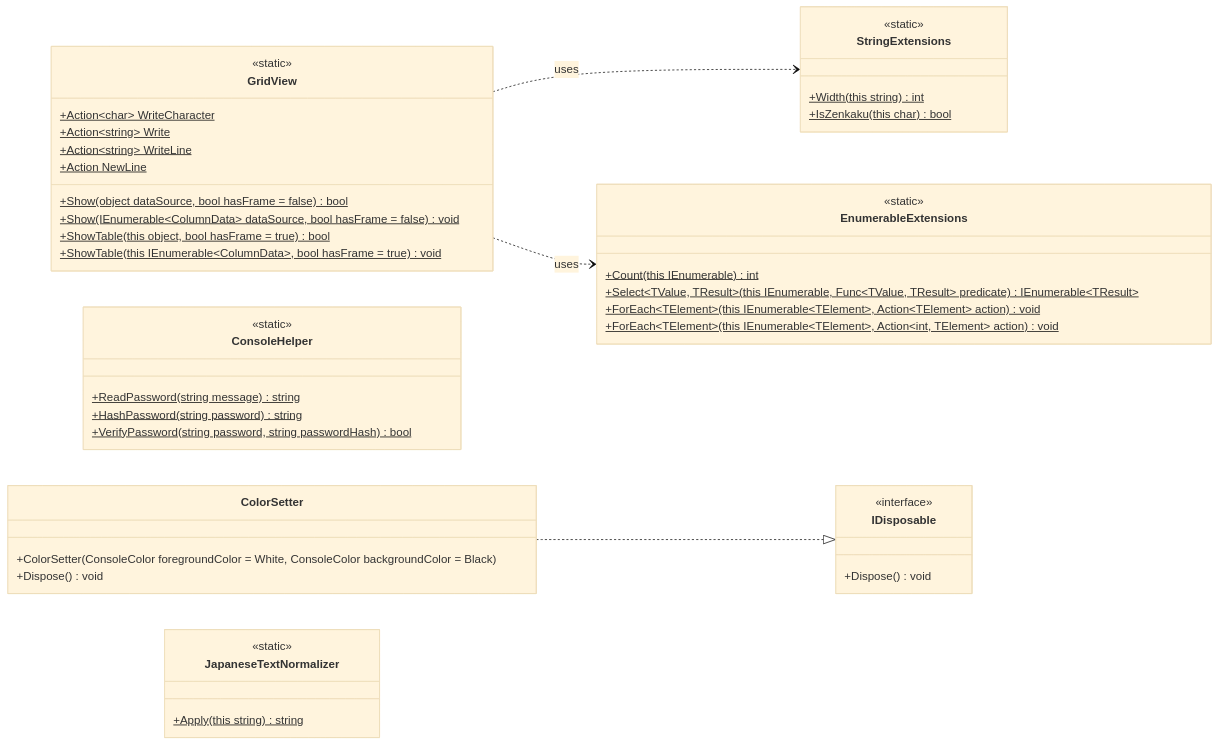
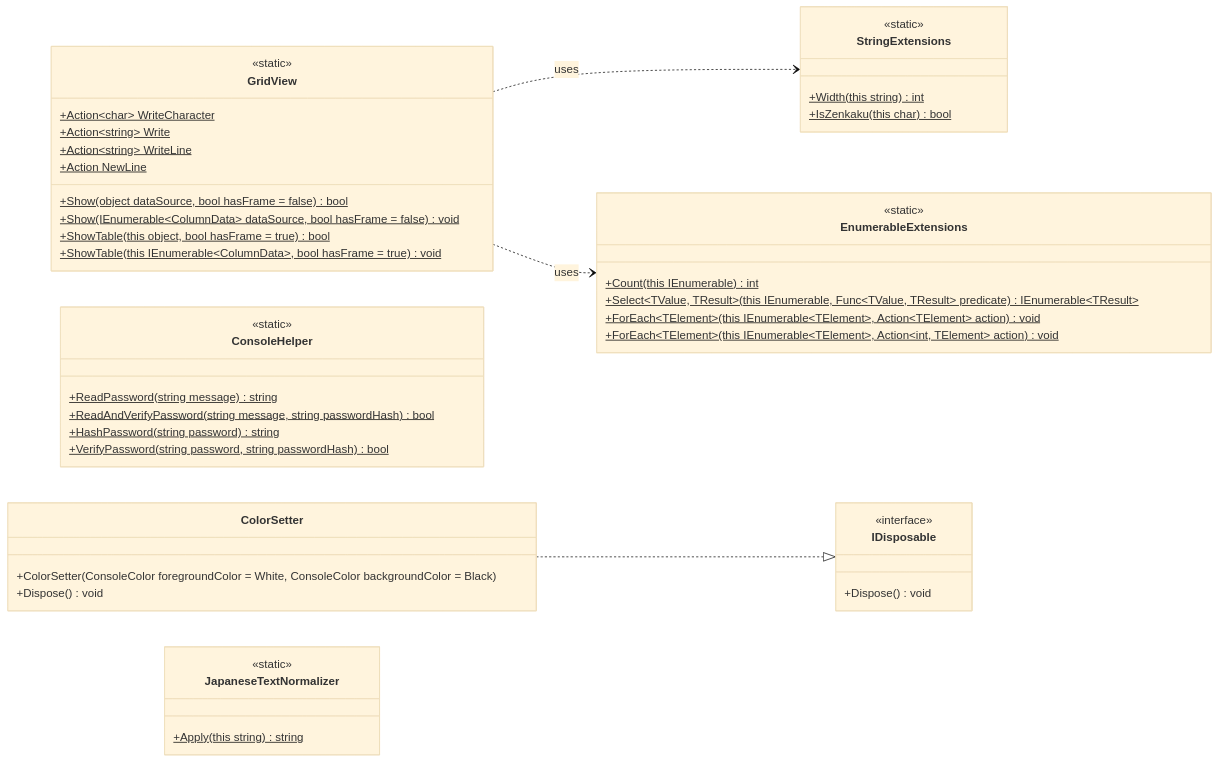
Before and after one commit to Fujiwo/Shos.Console: the diagram in README.jp.md, drawn with Mermaid (base theme). The commit also changed other lines of this file and 4 other files, not shown here.

Commit message:
feat: add ReadAndVerifyPassword method to ConsoleHelper for password verification

````diff
--- a/README.jp.md
+++ b/README.jp.md
@@ -46,56 +46,57 @@
 ```mermaid
 classDiagram
     direction LR
 
     class GridView {
         <<static>>
         +Action~char~ WriteCharacter$
         +Action~string~ Write$
         +Action~string~ WriteLine$
         +Action NewLine$
         +Show(object dataSource, bool hasFrame = false) bool$
         +Show(IEnumerable~ColumnData~ dataSource, bool hasFrame = false) void$
         +ShowTable(this object, bool hasFrame = true) bool$
         +ShowTable(this IEnumerable~ColumnData~, bool hasFrame = true) void$
     }
 
     class ConsoleHelper {
         <<static>>
         +ReadPassword(string message) string$
+        +ReadAndVerifyPassword(string message, string passwordHash) bool$
         +HashPassword(string password) string$
         +VerifyPassword(string password, string passwordHash) bool$
     }
 
     class IDisposable {
         <<interface>>
         +Dispose() void
     }
 
     class ColorSetter {
         +ColorSetter(ConsoleColor foregroundColor = White, ConsoleColor backgroundColor = Black)
         +Dispose() void
     }
     ColorSetter ..|> IDisposable
 
     class JapaneseTextNormalizer {
         <<static>>
         +Apply(this string) string$
     }
 
     class StringExtensions {
         <<static>>
         +Width(this string) int$
         +IsZenkaku(this char) bool$
     }
 
     class EnumerableExtensions {
         <<static>>
         +Count(this IEnumerable) int$
         +Select~TValue, TResult~(this IEnumerable, Func~TValue, TResult~ predicate) IEnumerable~TResult~$
         +ForEach~TElement~(this IEnumerable~TElement~, Action~TElement~ action) void$
         +ForEach~TElement~(this IEnumerable~TElement~, Action~int, TElement~ action) void$
     }
 
     GridView ..> StringExtensions : uses
     GridView ..> EnumerableExtensions : uses
 ```
````
